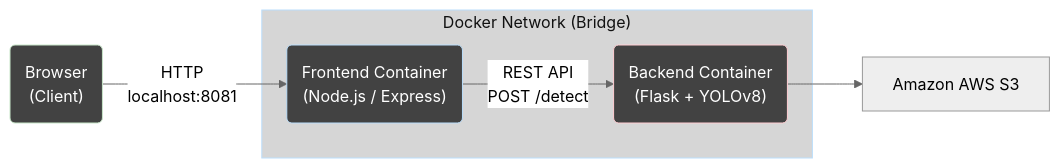
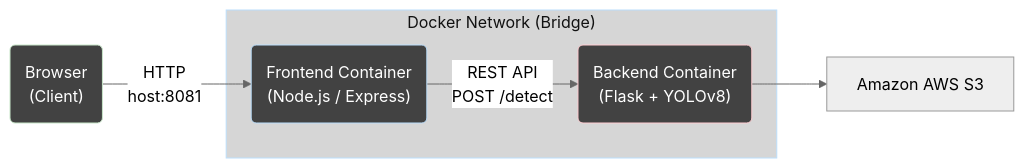
One commit to zachdyszelwcu/csc468project changed the diagram in README.md. Above: the diagram before and after it, drawn with Mermaid.

````diff
--- a/README.md
+++ b/README.md
@@ -6,20 +6,20 @@
 ```mermaid
 ---
 config:
   theme: neutral
 ---
 flowchart LR
  subgraph DN["Docker Network (Bridge)"]
         B("Frontend Container<br>(Node.js / Express)")
         C("Backend Container<br>(Flask + YOLOv8)")
   end
-    A("Browser<br>(Client)") -- HTTP<br>localhost:8081 --> B
+    A("Browser<br>(Client)") -- HTTP<br>host:8081 --> B
     B -- REST API<br>POST /detect --> C
     C --> n1["Amazon AWS S3"]
 
     n1@{ shape: rect}
     style B color:#FFFFFF,fill:#424242,stroke:#BBDEFB
     style C color:#FFFFFF,fill:#424242,stroke:#FFCDD2
     style A color:#FFFFFF,fill:#424242,stroke:#C8E6C9
     style DN color:#111111,fill:#D6D6D6,stroke:#BBDEFB
 ```
````
